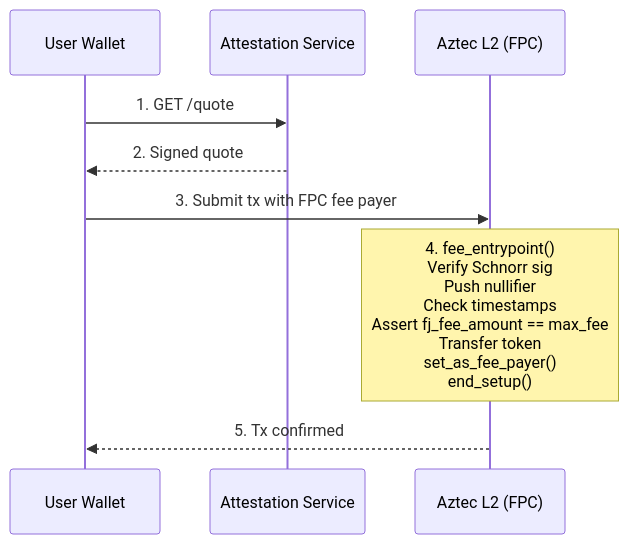
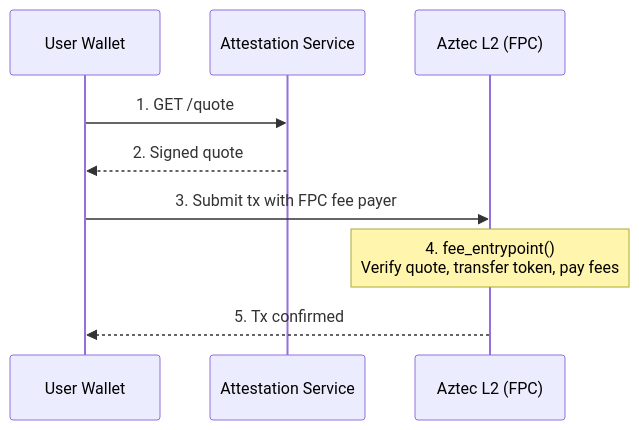
Before and after one commit to NethermindEth/aztec-fpc: the second of 4 diagrams in docs/architecture.md, drawn with Mermaid. The commit also changed other lines of this file and 22 other files, not shown here.

````diff
--- a/docs/architecture.md
+++ b/docs/architecture.md
@@ -103,12 +103,12 @@
 ```mermaid
 sequenceDiagram
     participant W as User Wallet
     participant A as Attestation Service
     participant F as Aztec L2 (FPC)
 
     W->>A: 1. GET /quote
     A-->>W: 2. Signed quote
     W->>F: 3. Submit tx with FPC fee payer
-    Note over F: 4. fee_entrypoint()<br/>Verify Schnorr sig<br/>Push nullifier<br/>Check timestamps<br/>Assert fj_fee_amount == max_fee<br/>Transfer token<br/>set_as_fee_payer()<br/>end_setup()
+    Note over F: 4. fee_entrypoint()<br/>Verify quote, transfer token, pay fees
     F-->>W: 5. Tx confirmed
 ```
````
